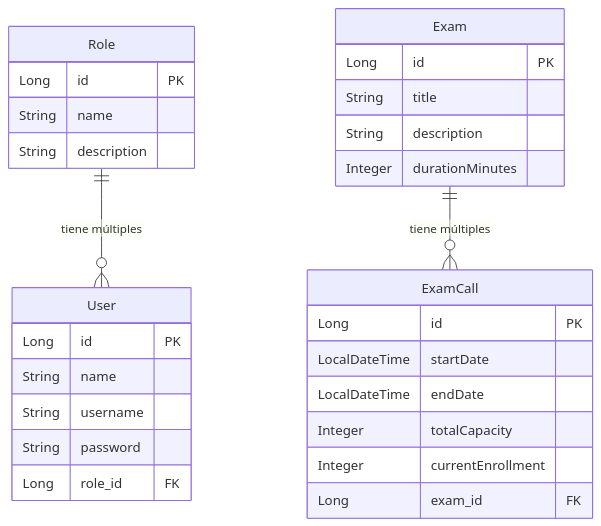
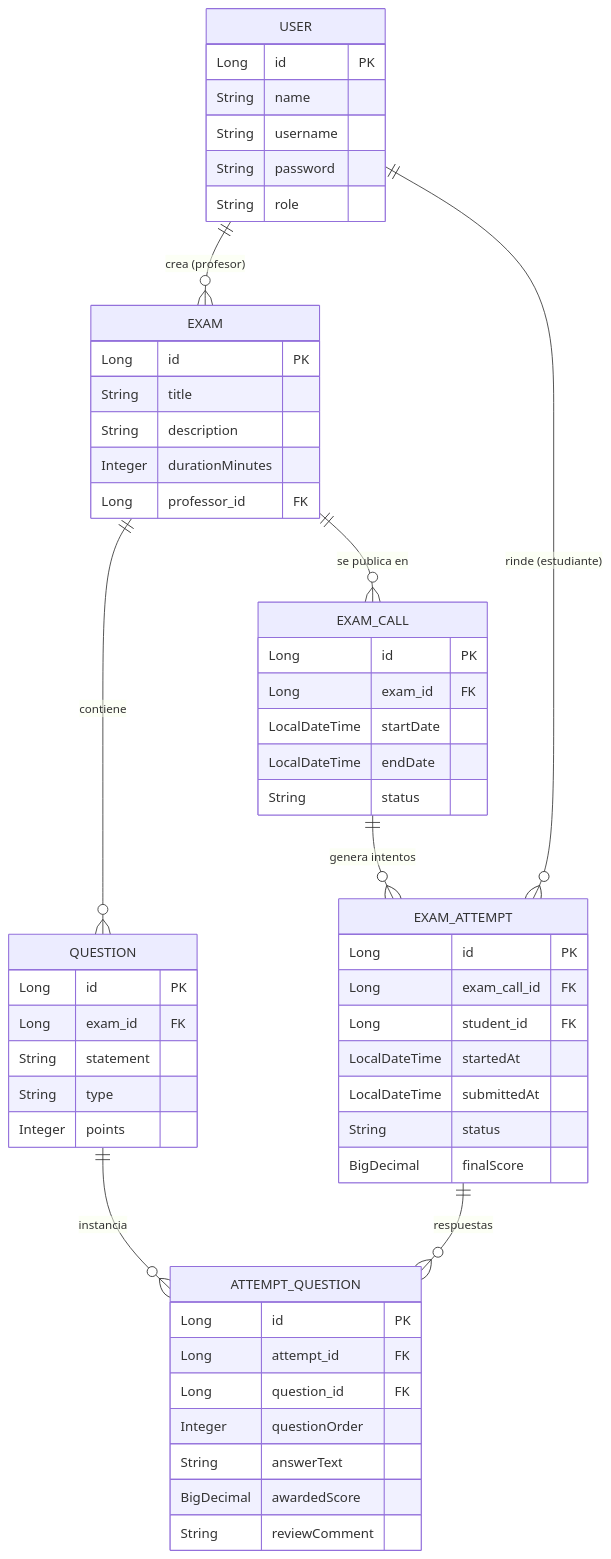
One commit to lucianodiamand/taller4_sistema_examenes changed the first of 2 diagrams in README.md. Above: the diagram before and after it, drawn with Mermaid. The commit also changed other lines of this file, not shown here.

Commit message:
docs(readme): add git flow and mvp logic

````diff
--- a/README.md
+++ b/README.md
@@ -30,35 +100,62 @@
 ```mermaid
 erDiagram
-    User {
+    USER {
         Long id PK
         String name
         String username
         String password
-        Long role_id FK
+        String role
     }
 
-        Role {
-            Long id PK
-            String name
-            String description
-        }
-
-    Exam {
+    EXAM {
         Long id PK
         String title
         String description
         Integer durationMinutes
+        Long professor_id FK
     }
 
-    ExamCall {
+    QUESTION {
         Long id PK
+        Long exam_id FK
+        String statement
+        String type
+        Integer points
+    }
+
+    EXAM_CALL {
+        Long id PK
+        Long exam_id FK
         LocalDateTime startDate
         LocalDateTime endDate
-        Integer totalCapacity
-        Integer currentEnrollment
-        Long exam_id FK
+        String status
     }
 
-    Role ||--o{ User : "tiene múltiples"
-    Exam ||--o{ ExamCall : "tiene múltiples"
+    EXAM_ATTEMPT {
+        Long id PK
+        Long exam_call_id FK
+        Long student_id FK
+        LocalDateTime startedAt
+        LocalDateTime submittedAt
+        String status
+        BigDecimal finalScore
+    }
+
+    ATTEMPT_QUESTION {
+        Long id PK
+        Long attempt_id FK
+        Long question_id FK
+        Integer questionOrder
+        String answerText
+        BigDecimal awardedScore
+        String reviewComment
+    }
+
+    USER ||--o{ EXAM : "crea (profesor)"
+    EXAM ||--o{ QUESTION : "contiene"
+    EXAM ||--o{ EXAM_CALL : "se publica en"
+    EXAM_CALL ||--o{ EXAM_ATTEMPT : "genera intentos"
+    USER ||--o{ EXAM_ATTEMPT : "rinde (estudiante)"
+    EXAM_ATTEMPT ||--o{ ATTEMPT_QUESTION : "respuestas"
+    QUESTION ||--o{ ATTEMPT_QUESTION : "instancia"
 ```
````
